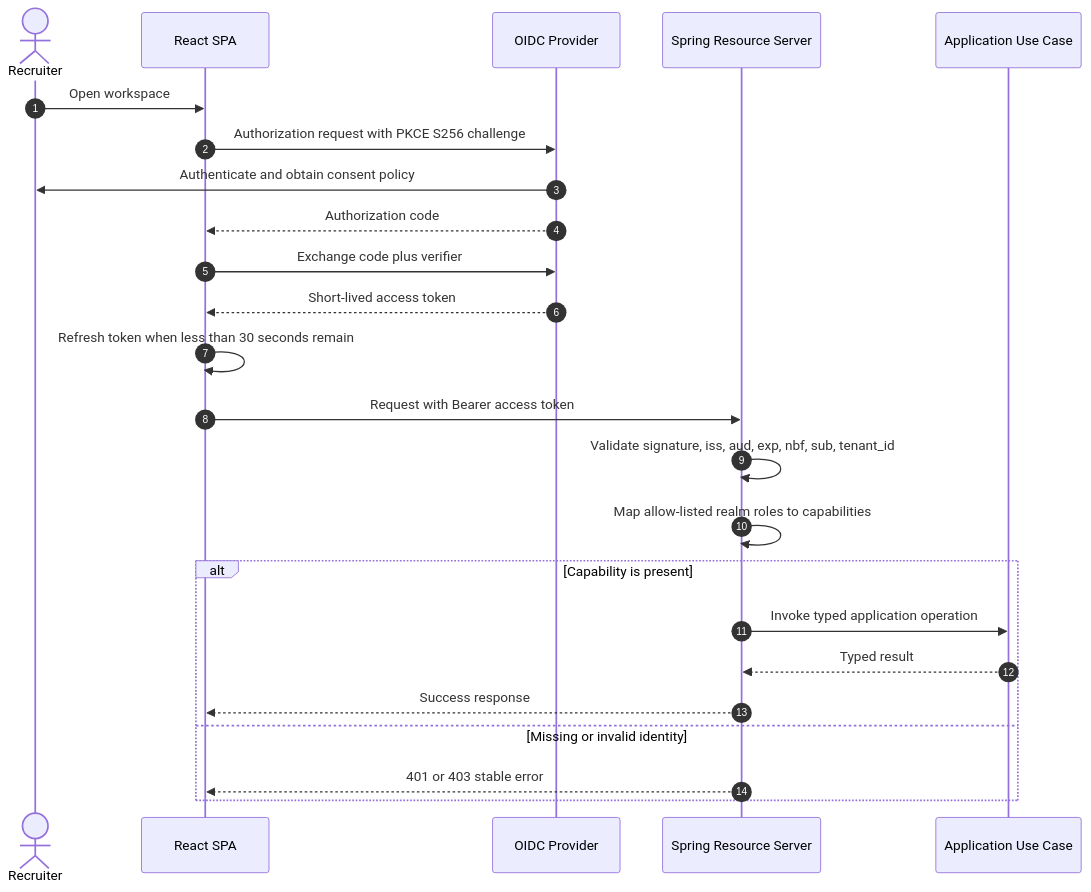
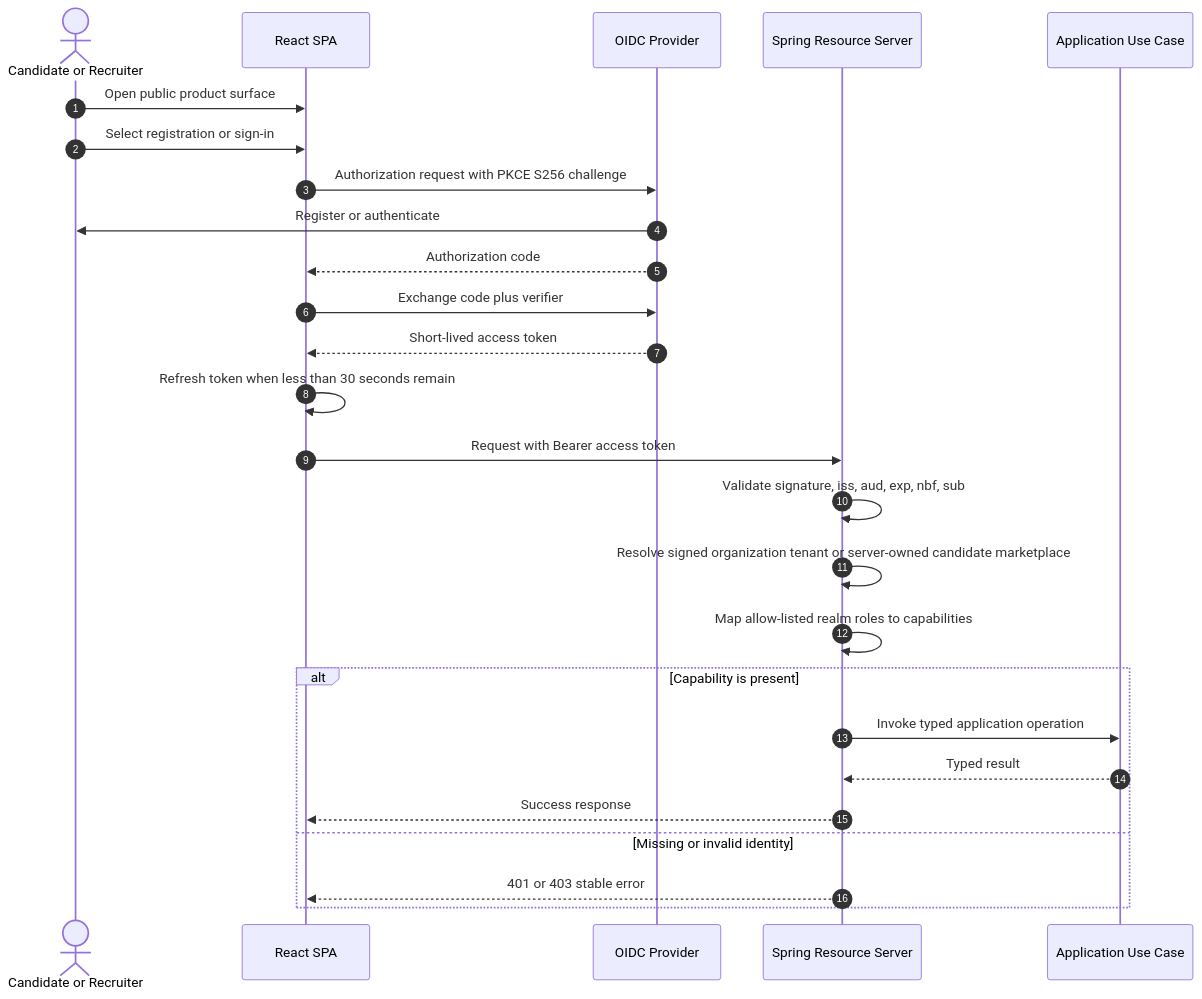
One commit to pedrovvitor/talent-intelligence-platform changed the diagram in docs/security/authentication-and-authorization.md. Above: the diagram before and after it, drawn with Mermaid. The commit also changed other lines of this file and 34 other files, not shown here.

````diff
--- a/docs/security/authentication-and-authorization.md
+++ b/docs/security/authentication-and-authorization.md
@@ -34,27 +37,29 @@
 ```mermaid
 sequenceDiagram
     autonumber
-    actor Recruiter
+    actor User as Candidate or Recruiter
     participant UI as React SPA
     participant IdP as OIDC Provider
     participant API as Spring Resource Server
     participant UseCase as Application Use Case
 
-    Recruiter->>UI: Open workspace
+    User->>UI: Open public product surface
+    User->>UI: Select registration or sign-in
     UI->>IdP: Authorization request with PKCE S256 challenge
-    IdP->>Recruiter: Authenticate and obtain consent policy
+    IdP->>User: Register or authenticate
     IdP-->>UI: Authorization code
     UI->>IdP: Exchange code plus verifier
     IdP-->>UI: Short-lived access token
     UI->>UI: Refresh token when less than 30 seconds remain
     UI->>API: Request with Bearer access token
-    API->>API: Validate signature, iss, aud, exp, nbf, sub, tenant_id
+    API->>API: Validate signature, iss, aud, exp, nbf, sub
+    API->>API: Resolve signed organization tenant or server-owned candidate marketplace
     API->>API: Map allow-listed realm roles to capabilities
     alt Capability is present
         API->>UseCase: Invoke typed application operation
         UseCase-->>API: Typed result
         API-->>UI: Success response
     else Missing or invalid identity
         API-->>UI: 401 or 403 stable error
     end
 ```
````
